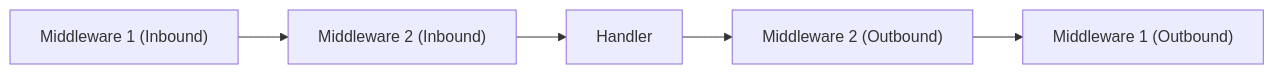
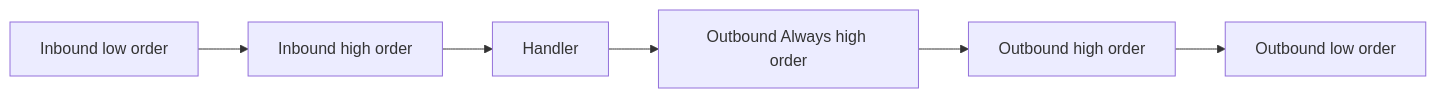
One commit to ppn-systems/Nalix changed the second of 2 diagrams in docs/concepts/runtime/middleware-pipeline.md. Above: the diagram before and after it, drawn with Mermaid. The commit also changed other lines of this file and 114 other files, not shown here.

````diff
--- a/docs/concepts/runtime/middleware-pipeline.md
+++ b/docs/concepts/runtime/middleware-pipeline.md
@@ -41,7 +50,8 @@
 ```mermaid
 flowchart LR
-    M1["Middleware 1 (Inbound)"] --> M2["Middleware 2 (Inbound)"]
-    M2 --> H["Handler"]
-    H --> M2_Out["Middleware 2 (Outbound)"]
-    M2_Out --> M1_Out["Middleware 1 (Outbound)"]
+    I1["Inbound low order"] --> I2["Inbound high order"]
+    I2 --> H["Handler"]
+    H --> A1["Outbound Always high order"]
+    A1 --> O1["Outbound high order"]
+    O1 --> O2["Outbound low order"]
 ```
````
